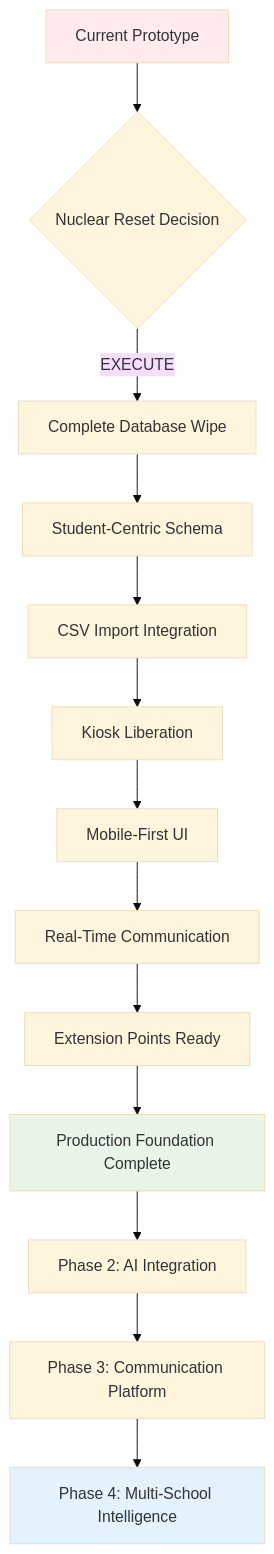
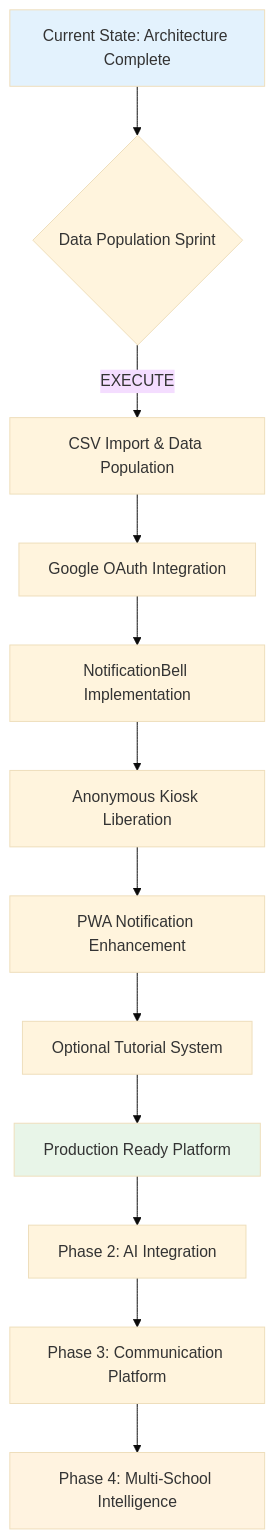
Before and after one commit to Splurfa/bx-os: the first of 9 diagrams in SPRINT-HANDOFF-KIT/PLATFORM-EVOLUTION-FLOWCHARTS.md, drawn with Mermaid (base theme). The commit also changed other lines of this file and 7 other files, not shown here.

````diff
--- a/SPRINT-HANDOFF-KIT/PLATFORM-EVOLUTION-FLOWCHARTS.md
+++ b/SPRINT-HANDOFF-KIT/PLATFORM-EVOLUTION-FLOWCHARTS.md
@@ -9,20 +9,19 @@
 ```mermaid
 flowchart TD
-    A[Current Prototype] --> B{Nuclear Reset Decision}
-    B -->|EXECUTE| C[Complete Database Wipe]
-    C --> D[Student-Centric Schema]
-    D --> E[CSV Import Integration]
-    E --> F[Kiosk Liberation]
-    F --> G[Mobile-First UI]
-    G --> H[Real-Time Communication]
-    H --> I[Extension Points Ready]
-    I --> J[Production Foundation Complete]
+    A[Current State: Architecture Complete] --> B{Data Population Sprint}
+    B -->|EXECUTE| C[CSV Import & Data Population]
+    C --> D[Google OAuth Integration]
+    D --> E[NotificationBell Implementation]
+    E --> F[Anonymous Kiosk Liberation]
+    F --> G[PWA Notification Enhancement]
+    G --> H[Optional Tutorial System]
+    H --> I[Production Ready Platform]
     
-    J --> K[Phase 2: AI Integration]
-    K --> L[Phase 3: Communication Platform]
-    L --> M[Phase 4: Multi-School Intelligence]
+    I --> J[Phase 2: AI Integration]
+    J --> K[Phase 3: Communication Platform]
+    K --> L[Phase 4: Multi-School Intelligence]
     
-    style A fill:#ffebee
-    style J fill:#e8f5e8
-    style M fill:#e3f2fd
+    style A fill:#e3f2fd
+    style I fill:#e8f5e8
+    style L fill:#fff3e0
 ```
````
